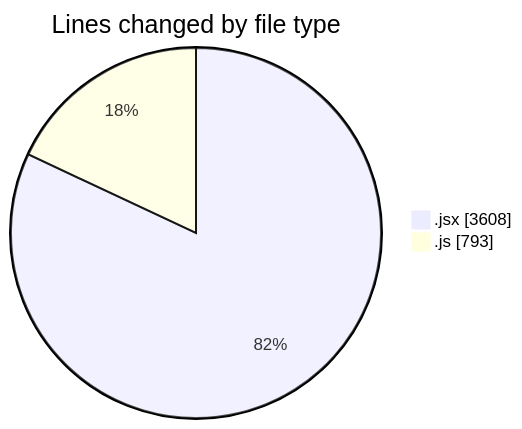
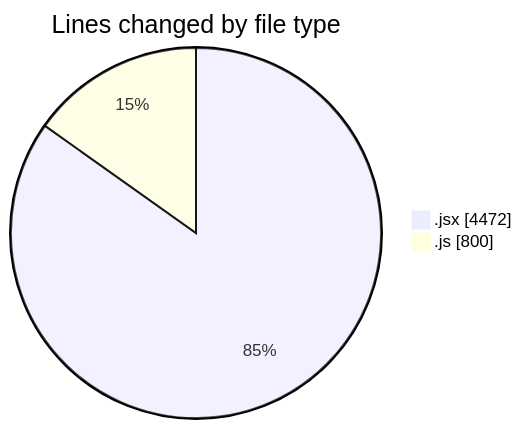
The first of 2 diagrams in 2025-07-21/nxtqube_webapp/README.md (nxtqubesakshisongat/code-tracking), drawn with Mermaid before and after one commit. The commit also changed other lines of this file and 1 other file, not shown here.

````diff
--- a/2025-07-21/nxtqube_webapp/README.md
+++ b/2025-07-21/nxtqube_webapp/README.md
@@ -27,6 +27,6 @@
 ```mermaid
 pie showData
 title Lines changed by file type
-".jsx" : 3608
-".js" : 793
+".jsx" : 4472
+".js" : 800
 ```
````
